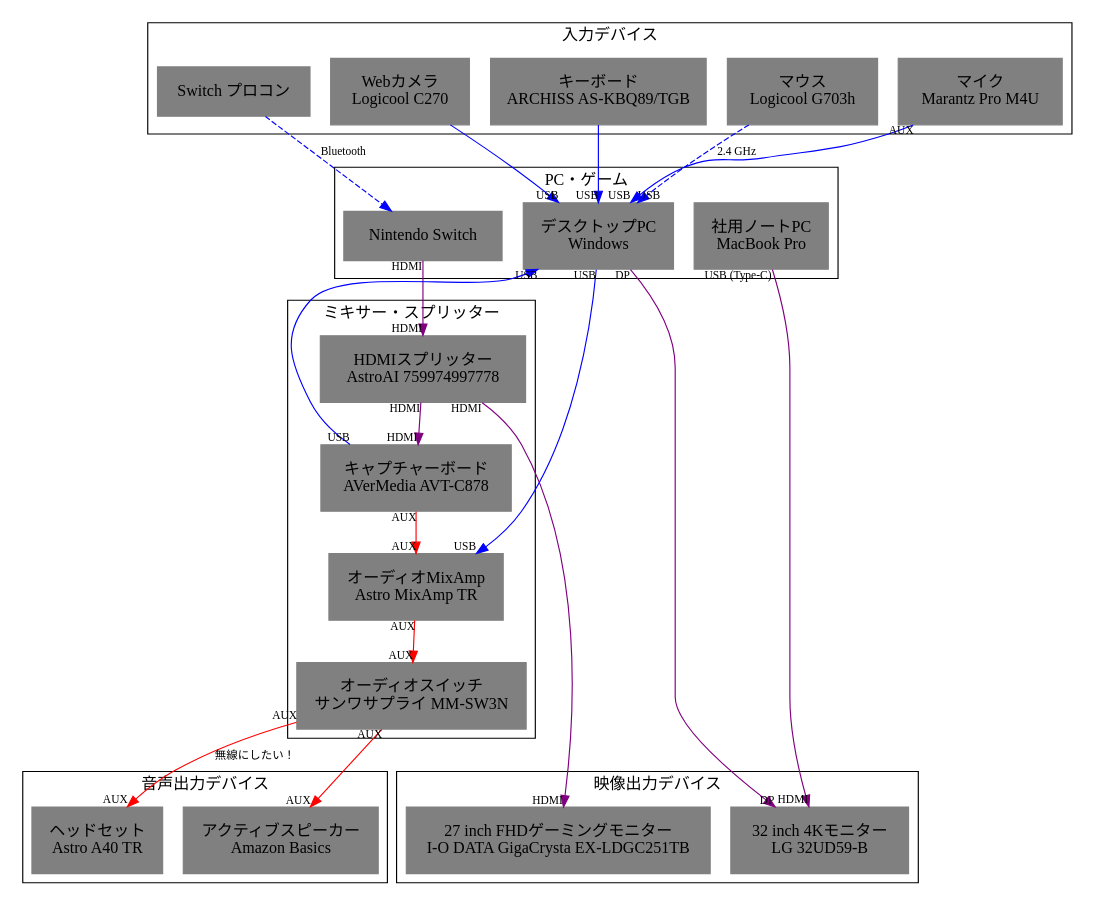
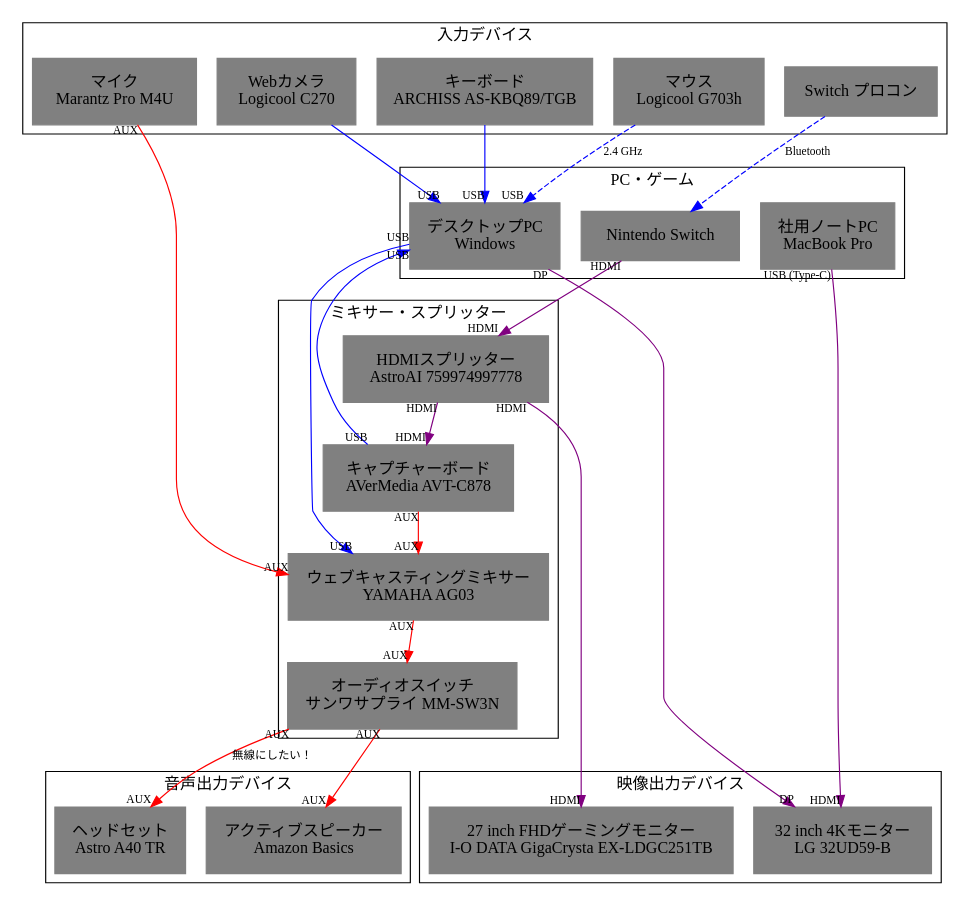
The diagram in desktop.dot (tubo28/desktop), drawn with Graphviz before and after one commit.

Commit message:
Add AG03

```diff
--- a/desktop.dot
+++ b/desktop.dot
@@ -1,71 +1,71 @@
 digraph {
     newrank=true;
 
     graph [fontname="mplus-1p-light"];
     node [fontname="mplus-1p-light", margin=0.2, color="gray", shape="box", style="filled"];
     edge [fontname="mplus-1p-light", fontsize=10];
 
     subgraph cluster_pcs {
         label="PC・ゲーム";
         rank=same;
         pc_windows [label="デスクトップPC\nWindows"];
         pc_mbp [label="社用ノートPC\nMacBook Pro"];
         nintendo_switch [label="Nintendo Switch"];
     }
 
     subgraph cluster_input {
         label="入力デバイス";
         rank=same;
         keyboard [label="キーボード\nARCHISS AS-KBQ89/TGB"];
         mouse [label="マウス\nLogicool G703h"];
         mic [label="マイク\nMarantz Pro M4U"];
         cam [label="Webカメラ\nLogicool C270"];
         switch_controller [color="gray", label="Switch プロコン"];
     }
 
     subgraph cluster_mix {
         label="ミキサー・スプリッター";
         // rank=same;
         hdmi_splitter [label="HDMIスプリッター\nAstroAI 759974997778"];
         capture_board [label="キャプチャーボード\nAVerMedia AVT-C878"];
-        astro_mixamp [label="オーディオMixAmp\nAstro MixAmp TR"];
+        webcasting_mixer [label="ウェブキャスティングミキサー\nYAMAHA AG03"];
         audio_switcher [label="オーディオスイッチ\nサンワサプライ MM-SW3N"];
     }
 
     subgraph cluster_video_output {
         label="映像出力デバイス";
         rank=same;
         monitor_4k [label="32 inch 4Kモニター\nLG 32UD59-B"];
         monitor_gigacrysta [label="27 inch FHDゲーミングモニター\nI-O DATA GigaCrysta EX-LDGC251TB"];
     }
 
     subgraph cluster_audio_output {
         label="音声出力デバイス";
         rank=same;
         active_speaker [label="アクティブスピーカー\nAmazon Basics"];
         headset [label="ヘッドセット\nAstro A40 TR"];
     }
 
     { rank=same; monitor_4k, monitor_gigacrysta, active_speaker, headset }
 
     nintendo_switch   -> hdmi_splitter      [color=purple, taillabel="HDMI", headlabel="HDMI"];
     hdmi_splitter     -> monitor_gigacrysta [color=purple, taillabel="HDMI", headlabel="HDMI"];
     hdmi_splitter     -> capture_board      [color=purple, taillabel="HDMI", headlabel="HDMI"];
     capture_board     -> pc_windows         [color=blue, taillabel="USB", headlabel="USB"];
 
     mouse             -> pc_windows         [color=blue, headlabel="USB", label="2.4 GHz", style="dashed"];
     keyboard          -> pc_windows         [color=blue, headlabel="USB"];
-    mic               -> pc_windows         [color=blue, taillabel="AUX", headlabel="USB"];
+    mic               -> webcasting_mixer   [color=red, taillabel="AUX", headlabel="AUX"];
     cam               -> pc_windows         [color=blue, headlabel="USB"];
     switch_controller -> nintendo_switch    [color=blue, label="Bluetooth", style="dashed"];
 
     pc_windows        -> monitor_4k         [color=purple, taillabel="DP", headlabel="DP"];
     pc_mbp            -> monitor_4k         [color=purple, taillabel="USB (Type-C)", headlabel="HDMI"];
-    pc_windows        -> astro_mixamp       [color=blue, taillabel="USB", headlabel="USB"]
+    pc_windows        -> webcasting_mixer   [color=blue, taillabel="USB", headlabel="USB"]
 
-    astro_mixamp      -> audio_switcher     [color=red, taillabel="AUX", headlabel="AUX"];
+    webcasting_mixer  -> audio_switcher     [color=red, taillabel="AUX", headlabel="AUX"];
     audio_switcher    -> headset            [color=red, taillabel="AUX", headlabel="AUX", label="無線にしたい！"];
     audio_switcher    -> active_speaker     [color=red, taillabel="AUX", headlabel="AUX"];
 
-    capture_board     -> astro_mixamp       [color=red, taillabel="AUX", headlabel="AUX"];
+    capture_board     -> webcasting_mixer   [color=red, taillabel="AUX", headlabel="AUX"];
 }
```
